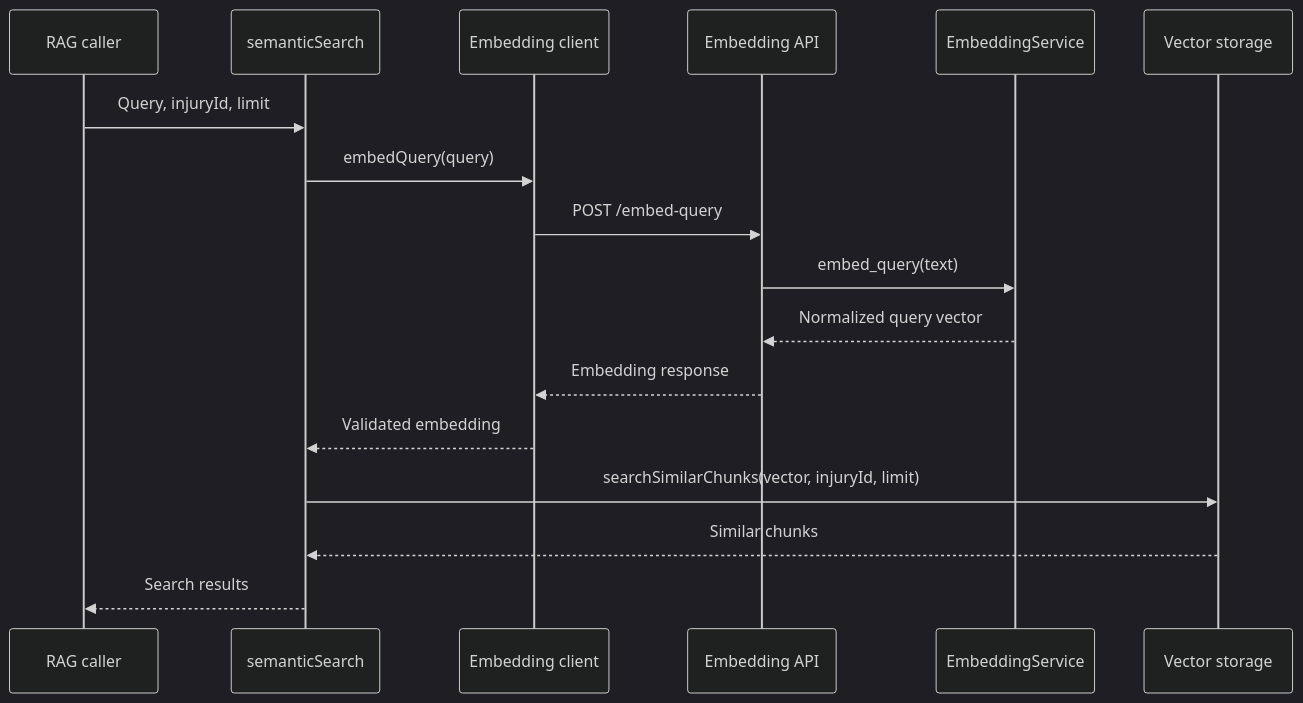
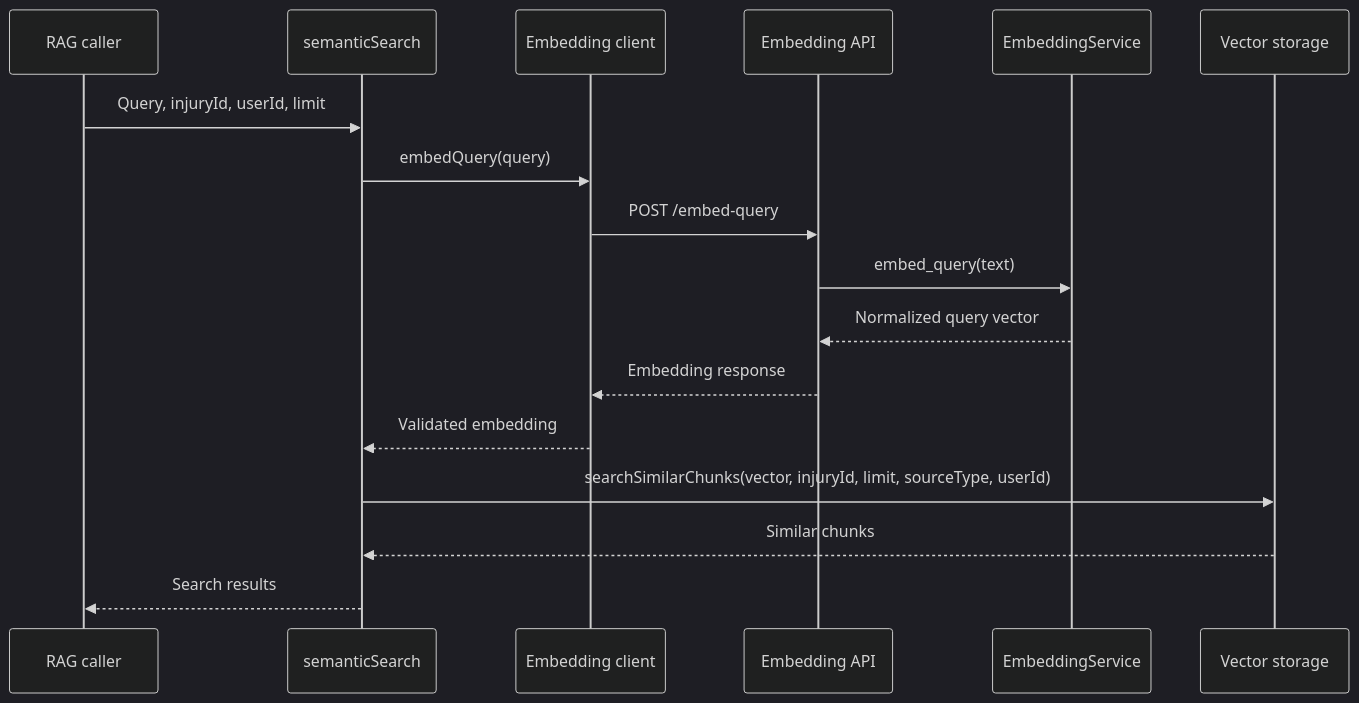
One commit to sabrahermassi/injury-journal-ai changed the eighth of 18 diagrams in docs/02-architecture.md. Above: the diagram before and after it, drawn with Mermaid (dark theme). The commit also changed other lines of this file and 8 other files, not shown here.

````diff
--- a/docs/02-architecture.md
+++ b/docs/02-architecture.md
@@ -233,19 +239,19 @@
 ```mermaid
 sequenceDiagram
     participant R as RAG caller
     participant S as semanticSearch
     participant C as Embedding client
     participant A as Embedding API
     participant E as EmbeddingService
     participant V as Vector storage
-    R->>S: Query, injuryId, limit
+    R->>S: Query, injuryId, userId, limit
     S->>C: embedQuery(query)
     C->>A: POST /embed-query
     A->>E: embed_query(text)
     E-->>A: Normalized query vector
     A-->>C: Embedding response
     C-->>S: Validated embedding
-    S->>V: searchSimilarChunks(vector, injuryId, limit)
+    S->>V: searchSimilarChunks(vector, injuryId, limit, sourceType, userId)
     V-->>S: Similar chunks
     S-->>R: Search results
 ```
````
